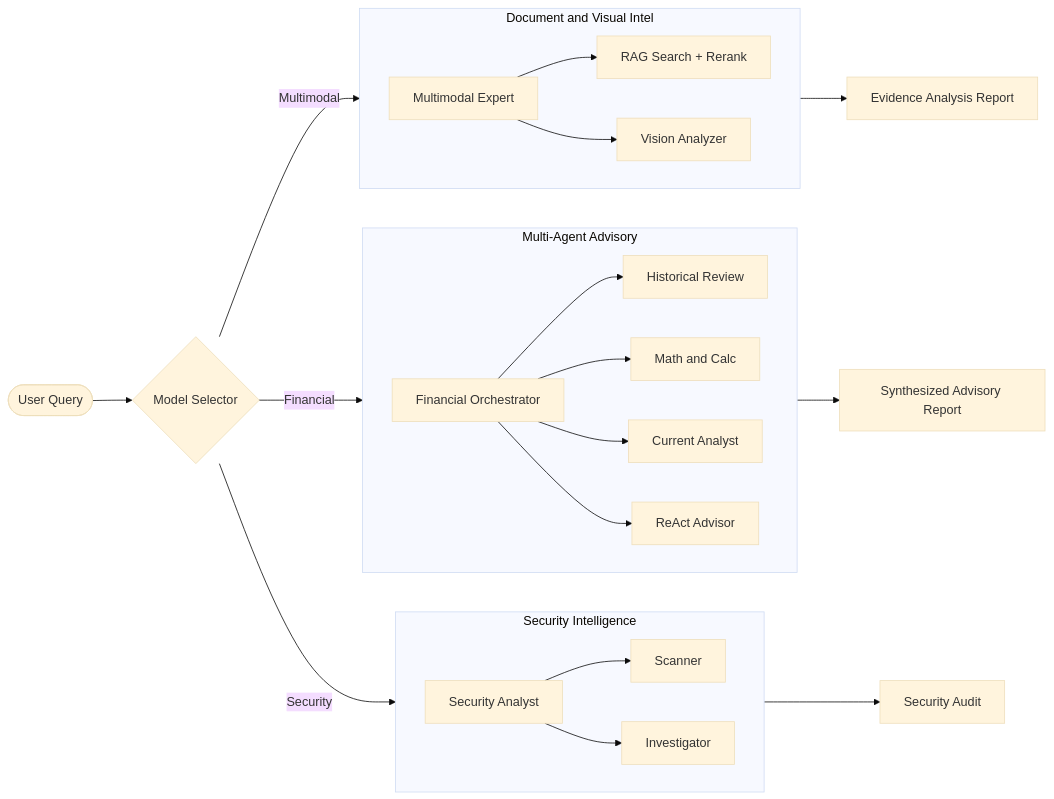
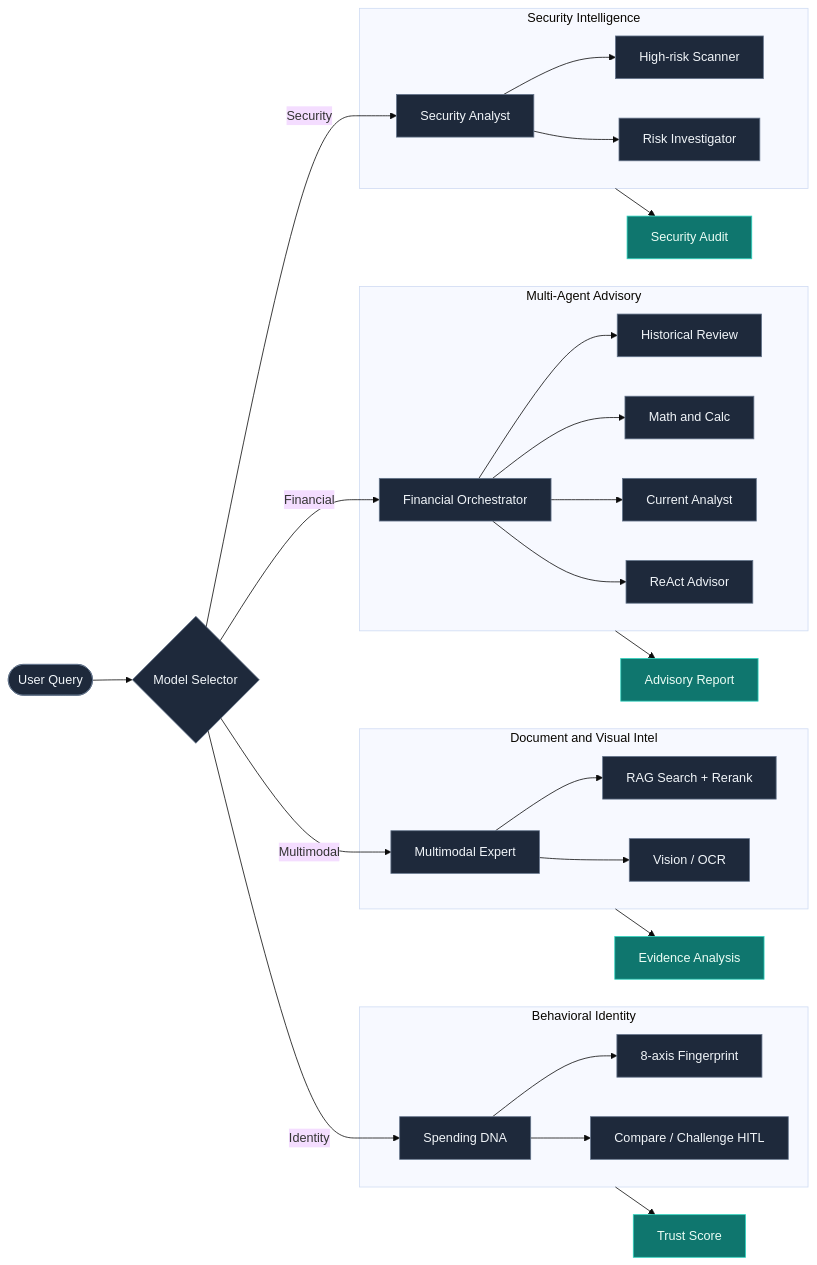
Before and after one commit to ladkrutarth/Hands-On-Week-4: the second of 4 diagrams in README.md, drawn with Mermaid (base theme). The commit also changed other lines of this file, not shown here.

First line of the commit message:
docs: add professional layered system architecture diagrams

````diff
--- a/README.md
+++ b/README.md
@@ -120,32 +164,41 @@
 ```mermaid
-graph LR
-    User([User Query]) --> ModelSelector{Model Selector}
-    
-    ModelSelector -->|Security| SecAnalyst[Security Analyst]
-    ModelSelector -->|Financial| FinOrchestrator[Financial Orchestrator]
-    ModelSelector -->|Multimodal| MultiAnalyst[Multimodal Expert]
+flowchart LR
+    Q(["User Query"]) --> MS{"Model Selector"}
 
-    subgraph Security_Domain [Security Intelligence]
-        direction LR
-        SecAnalyst --> Scanner[Scanner]
-        SecAnalyst --> Profile[Investigator]
+    MS -->|Security| SA["Security Analyst"]
+    MS -->|Financial| FO["Financial Orchestrator"]
+    MS -->|Multimodal| ME["Multimodal Expert"]
+    MS -->|Identity| DNA["Spending DNA"]
+
+    subgraph SEC_D["Security Intelligence"]
+        SA --> SCAN["High-risk Scanner"]
+        SA --> INV["Risk Investigator"]
     end
 
-    subgraph Financial_Domain [Multi-Agent Advisory]
-        direction LR
-        FinOrchestrator --> HistAgent[Historical Review]
-        FinOrchestrator --> CalcAgent[Math and Calc]
-        FinOrchestrator --> CurrAgent[Current Analyst]
-        FinOrchestrator --> ReactLoop[ReAct Advisor]
+    subgraph FIN_D["Multi-Agent Advisory"]
+        FO --> HR["Historical Review"]
+        FO --> MC["Math and Calc"]
+        FO --> CA["Current Analyst"]
+        FO --> RA["ReAct Advisor"]
     end
 
-    subgraph Multimodal_Domain [Document and Visual Intel]
-        direction LR
-        MultiAnalyst --> RAG[RAG Search + Rerank]
-        MultiAnalyst --> Vision[Vision Analyzer]
+    subgraph MM_D["Document and Visual Intel"]
+        ME --> RR["RAG Search + Rerank"]
+        ME --> VA["Vision / OCR"]
     end
 
-    Security_Domain --> Report[Security Audit]
-    Financial_Domain --> Report2[Synthesized Advisory Report]
-    Multimodal_Domain --> Report3[Evidence Analysis Report]
+    subgraph ID_D["Behavioral Identity"]
+        DNA --> FP["8-axis Fingerprint"]
+        DNA --> CMP["Compare / Challenge HITL"]
+    end
+
+    SEC_D --> OUT1["Security Audit"]
+    FIN_D --> OUT2["Advisory Report"]
+    MM_D --> OUT3["Evidence Analysis"]
+    ID_D --> OUT4["Trust Score"]
+
+    classDef node fill:#1e293b,stroke:#64748b,color:#f1f5f9
+    classDef out fill:#0f766e,stroke:#2dd4bf,color:#ecfdf5
+    class Q,MS,SA,FO,ME,DNA,SCAN,INV,HR,MC,CA,RA,RR,VA,FP,CMP node
+    class OUT1,OUT2,OUT3,OUT4 out
 ```
````
